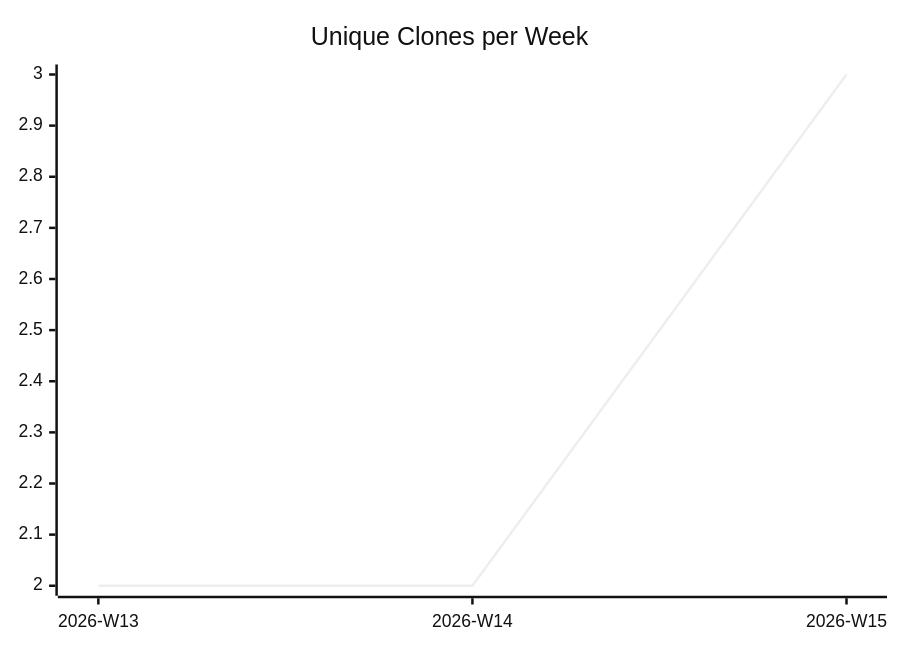
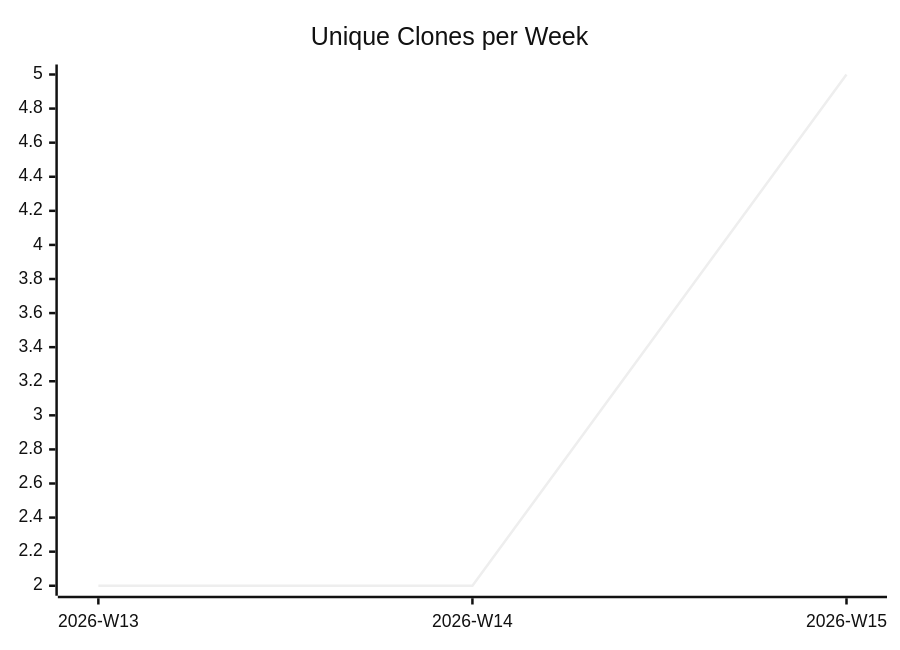
One commit to justdavis-family/github-analytics-data changed the third of 3 diagrams in karlmdavis/m2e-core-tests/README.md. Above: the diagram before and after it, drawn with Mermaid (neutral theme). The commit also changed other lines of this file and 183 other files, not shown here.

````diff
--- a/karlmdavis/m2e-core-tests/README.md
+++ b/karlmdavis/m2e-core-tests/README.md
@@ -19,6 +19,6 @@
 ```mermaid
 xychart-beta
   title "Unique Clones per Week"
   x-axis ["2026-W13", "2026-W14", "2026-W15"]
-  line [2, 2, 3]
+  line [2, 2, 5]
 ```
````
